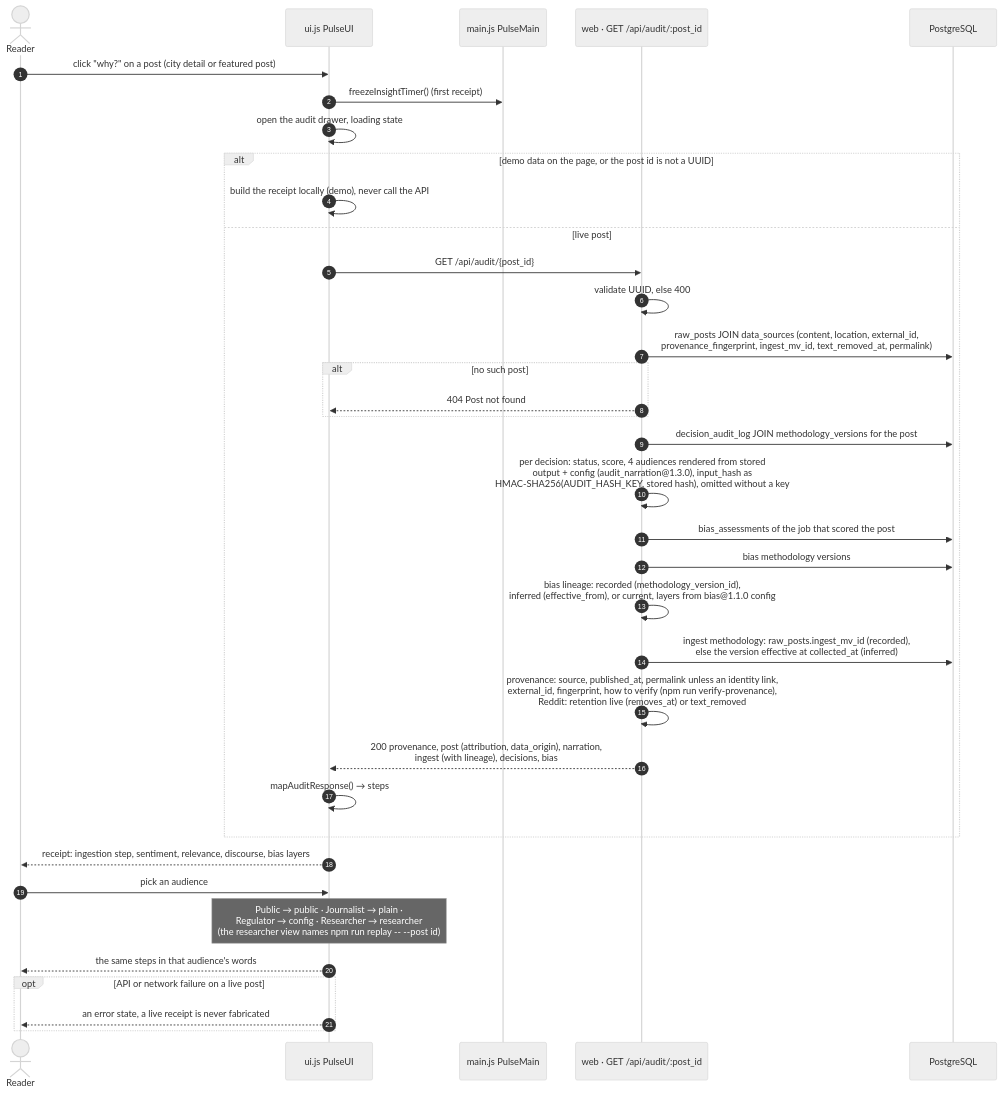
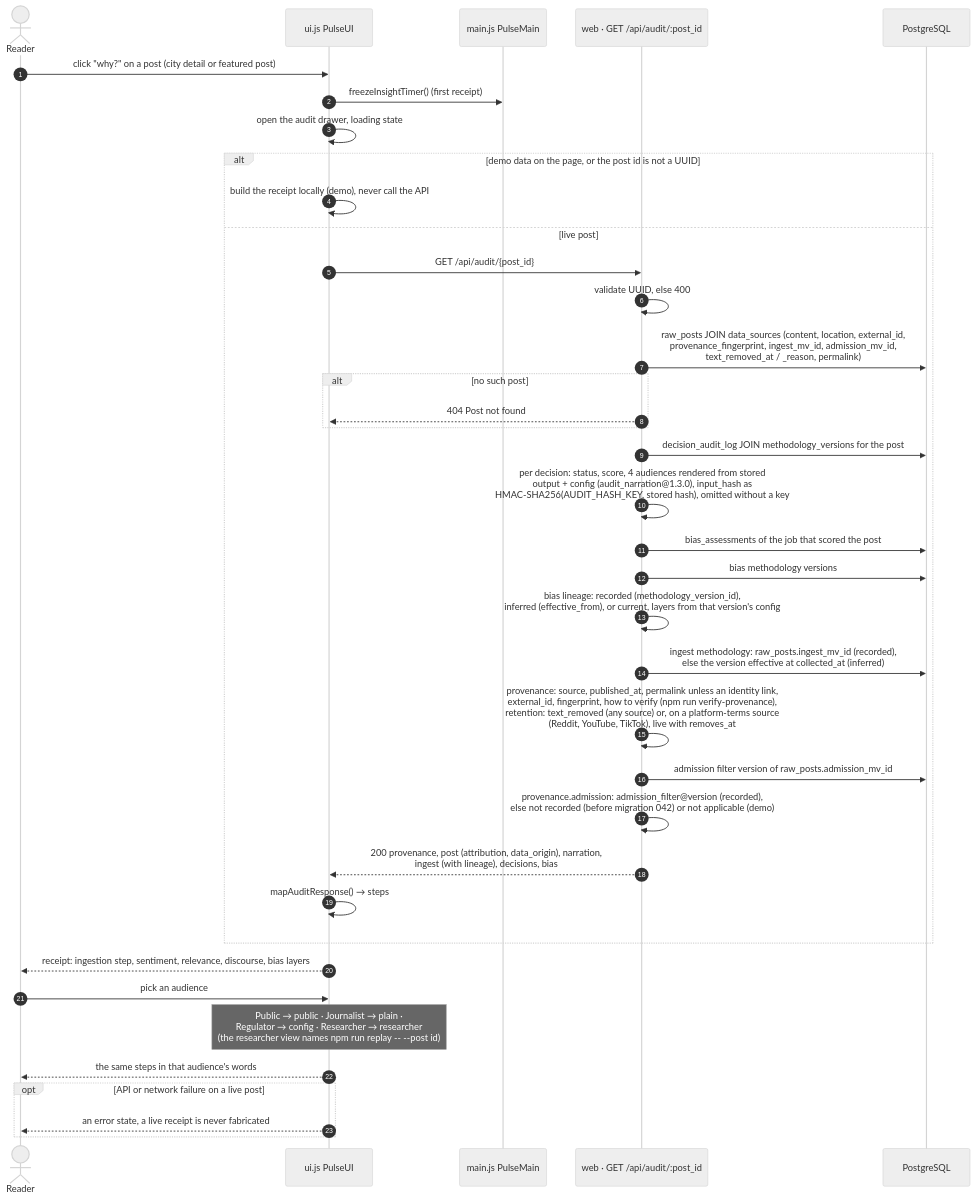
The diagram in docs/diagrams/sequences/audit-receipt.mmd (jennifer-mckinney/pulse-of-ai), drawn with Mermaid (neutral theme) before and after one commit. The commit also changed 35 other files, not shown here.

First line of the commit message:
Update architecture, sequence, class and ER diagrams for PR #22

```diff
--- a/docs/diagrams/sequences/audit-receipt.mmd
+++ b/docs/diagrams/sequences/audit-receipt.mmd
@@ -1,41 +1,43 @@
 %% Title: Sequence · the "why?" audit receipt
 %% Summary: What happens when a reader opens a post's receipt: the drawer request, the queries behind GET /api/audit/:post_id, the provenance and lineage it adds, and the four audience views the drawer switches between.
-%% Sources: public/js/ui.js (openAudit, mapAuditResponse, AUDIENCES), src/routes/audit.js, src/config/{audit-narration,bias-lineage,bias-vocabulary,source-registry,data-mode}.js, src/collectors/retention.js. Spec: TECHNICAL_SPEC.md sections 7 (GET /api/audit/:post_id), 8 (provenance), 10 (explainability chain, audiences).
+%% Sources: public/js/ui.js (openAudit, mapAuditResponse, AUDIENCES), src/routes/audit.js, src/config/{audit-narration,bias-lineage,bias-vocabulary,source-registry,data-mode}.js, src/collectors/retention.js (retentionStatus), src/db/migrations/042_admission_filter.sql. Updated 2026-09-29. Spec: TECHNICAL_SPEC.md sections 7 (GET /api/audit/:post_id), 8 (provenance), 10 (explainability chain, audiences).
 sequenceDiagram
   autonumber
   actor Reader
   participant UI as ui.js PulseUI
   participant Main as main.js PulseMain
   participant API as web · GET /api/audit/:post_id
   participant DB as PostgreSQL
 
   Reader->>UI: click "why?" on a post (city detail or featured post)
   UI->>Main: freezeInsightTimer() (first receipt)
   UI->>UI: open the audit drawer, loading state
   alt demo data on the page, or the post id is not a UUID
     UI->>UI: build the receipt locally (demo), never call the API
   else live post
     UI->>API: GET /api/audit/{post_id}
     API->>API: validate UUID, else 400
-    API->>DB: raw_posts JOIN data_sources (content, location, external_id,<br/>provenance_fingerprint, ingest_mv_id, text_removed_at, permalink)
+    API->>DB: raw_posts JOIN data_sources (content, location, external_id,<br/>provenance_fingerprint, ingest_mv_id, admission_mv_id,<br/>text_removed_at / _reason, permalink)
     alt no such post
       API-->>UI: 404 Post not found
     end
     API->>DB: decision_audit_log JOIN methodology_versions for the post
     API->>API: per decision: status, score, 4 audiences rendered from stored<br/>output + config (audit_narration@1.3.0), input_hash as<br/>HMAC-SHA256(AUDIT_HASH_KEY, stored hash), omitted without a key
     API->>DB: bias_assessments of the job that scored the post
     API->>DB: bias methodology versions
-    API->>API: bias lineage: recorded (methodology_version_id),<br/>inferred (effective_from), or current, layers from bias@1.1.0 config
+    API->>API: bias lineage: recorded (methodology_version_id),<br/>inferred (effective_from), or current, layers from that version's config
     API->>DB: ingest methodology: raw_posts.ingest_mv_id (recorded),<br/>else the version effective at collected_at (inferred)
-    API->>API: provenance: source, published_at, permalink unless an identity link,<br/>external_id, fingerprint, how to verify (npm run verify-provenance),<br/>Reddit: retention live (removes_at) or text_removed
+    API->>API: provenance: source, published_at, permalink unless an identity link,<br/>external_id, fingerprint, how to verify (npm run verify-provenance),<br/>retention: text_removed (any source) or, on a platform-terms source<br/>(Reddit, YouTube, TikTok), live with removes_at
+    API->>DB: admission filter version of raw_posts.admission_mv_id
+    API->>API: provenance.admission: admission_filter@version (recorded),<br/>else not recorded (before migration 042) or not applicable (demo)
     API-->>UI: 200 provenance, post (attribution, data_origin), narration,<br/>ingest (with lineage), decisions, bias
     UI->>UI: mapAuditResponse() → steps
   end
   UI-->>Reader: receipt: ingestion step, sentiment, relevance, discourse, bias layers
 
   Reader->>UI: pick an audience
   Note over UI: Public → public · Journalist → plain ·<br/>Regulator → config · Researcher → researcher<br/>(the researcher view names npm run replay -- --post id)
   UI-->>Reader: the same steps in that audience's words
   opt API or network failure on a live post
     UI-->>Reader: an error state, a live receipt is never fabricated
   end
```
